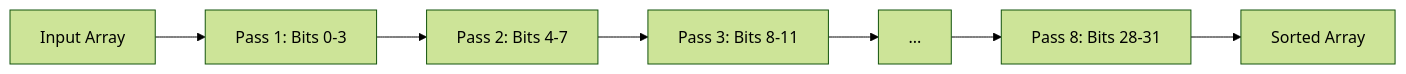
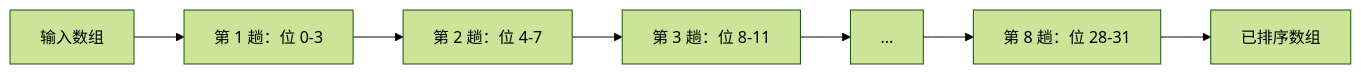
The first of 2 diagrams in docs/algorithm-radix.md (build-workbench/webgpu-sorting), drawn with Mermaid (forest theme) before and after one commit. The commit also changed other lines of this file and 18 other files, not shown here.

````diff
--- a/docs/algorithm-radix.md
+++ b/docs/algorithm-radix.md
@@ -23,9 +23,9 @@
 ```mermaid
 graph LR
-    A[Input Array] --> B[Pass 1: Bits 0-3]
-    B --> C[Pass 2: Bits 4-7]
-    C --> D[Pass 3: Bits 8-11]
+    A[输入数组] --> B[第 1 趟：位 0-3]
+    B --> C[第 2 趟：位 4-7]
+    C --> D[第 3 趟：位 8-11]
     D --> E[...]
-    E --> F[Pass 8: Bits 28-31]
-    F --> G[Sorted Array]
+    E --> F[第 8 趟：位 28-31]
+    F --> G[已排序数组]
 ```
````
